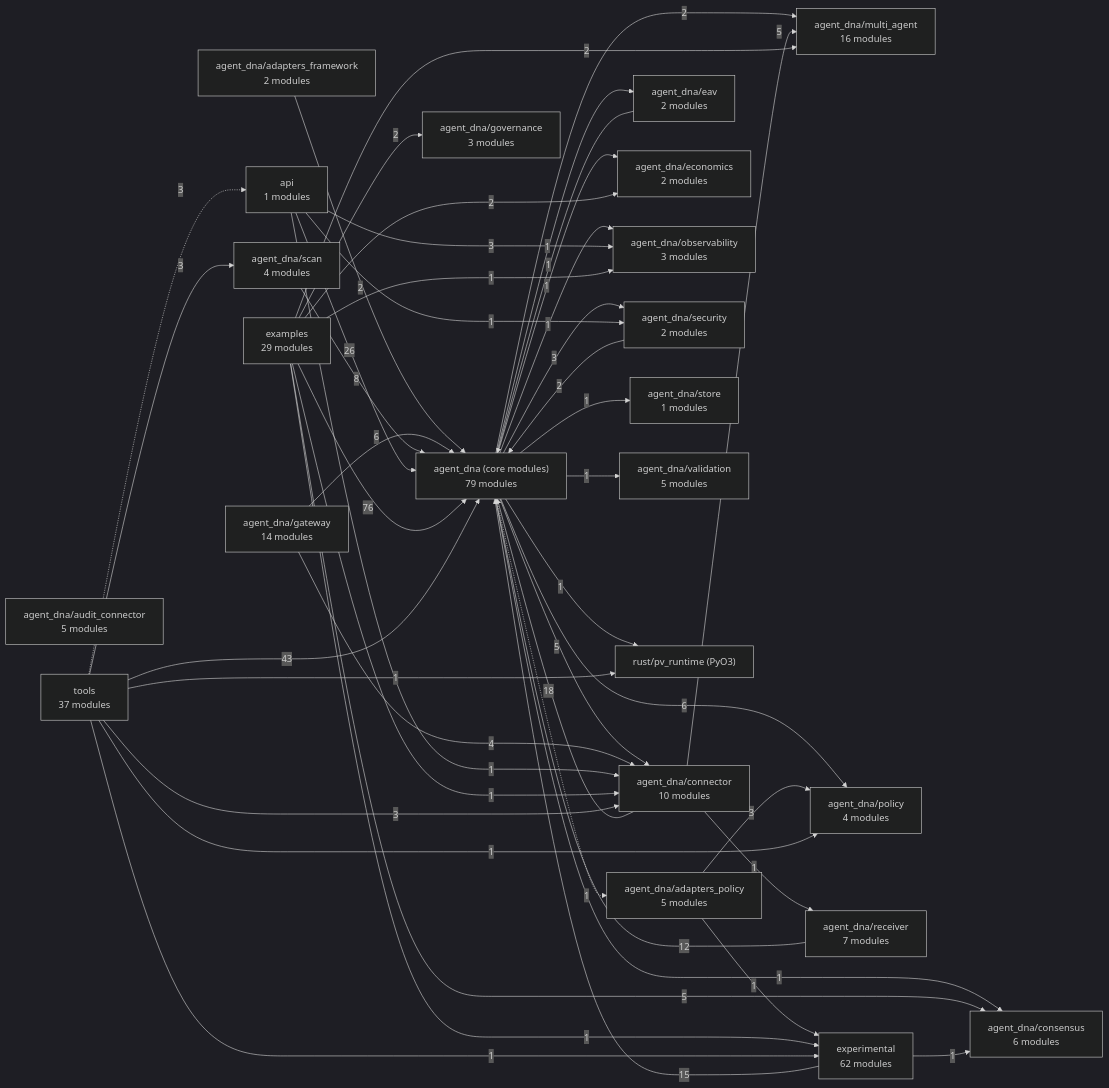
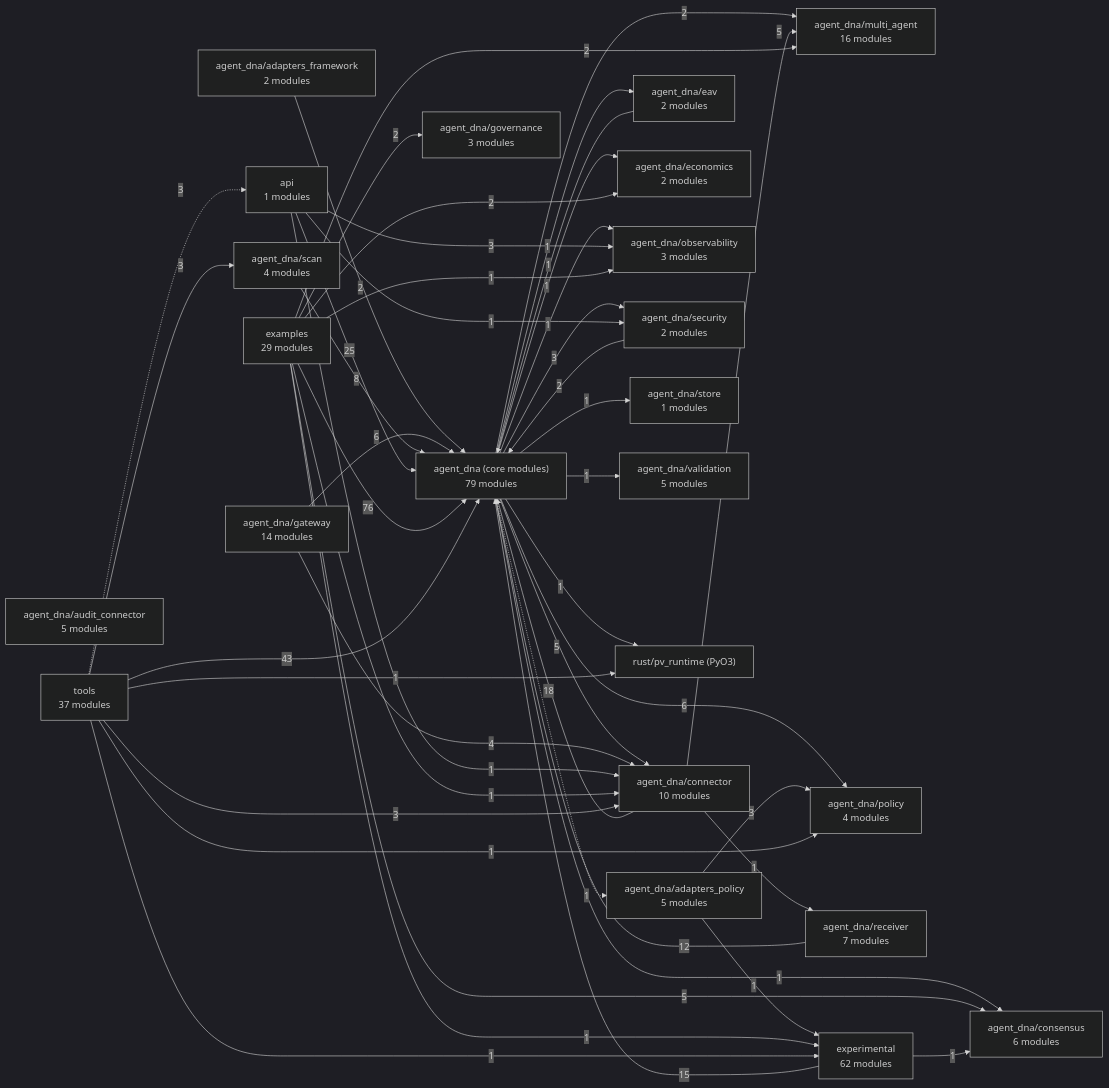
One commit to LOLA0786/privatevault-agent-dna changed the diagram in docs/architecture/MAP.md. Above: the diagram before and after it, drawn with Mermaid (dark theme). The commit also changed other lines of this file and 17 other files, not shown here.

````diff
--- a/docs/architecture/MAP.md
+++ b/docs/architecture/MAP.md
@@ -7,71 +7,71 @@
 ```mermaid
 flowchart LR
   n0["agent_dna (core modules)<br/>79 modules"]
   n1["agent_dna/adapters_framework<br/>2 modules"]
   n2["agent_dna/adapters_policy<br/>5 modules"]
   n3["agent_dna/audit_connector<br/>5 modules"]
   n4["agent_dna/connector<br/>10 modules"]
   n5["agent_dna/consensus<br/>6 modules"]
   n6["agent_dna/eav<br/>2 modules"]
   n7["agent_dna/economics<br/>2 modules"]
   n8["agent_dna/gateway<br/>14 modules"]
   n9["agent_dna/governance<br/>3 modules"]
   n10["agent_dna/multi_agent<br/>16 modules"]
   n11["agent_dna/observability<br/>3 modules"]
   n12["agent_dna/policy<br/>4 modules"]
   n13["agent_dna/receiver<br/>7 modules"]
   n14["agent_dna/scan<br/>4 modules"]
   n15["agent_dna/security<br/>2 modules"]
   n16["agent_dna/store<br/>1 modules"]
   n17["agent_dna/validation<br/>5 modules"]
   n18["api<br/>1 modules"]
   n19["examples<br/>29 modules"]
   n20["experimental<br/>62 modules"]
   n21["rust/pv_runtime (PyO3)"]
   n22["tools<br/>37 modules"]
   n0 -.->|1| n2
   n0 -->|5| n4
   n0 -->|1| n5
   n0 -->|1| n6
   n0 -->|1| n7
   n0 -->|2| n10
   n0 -->|1| n11
   n0 -->|6| n12
   n0 -->|3| n15
   n0 -->|1| n16
   n0 -->|1| n17
   n0 -->|1| n21
   n1 -->|2| n0
   n2 -->|3| n12
   n2 -->|1| n20
   n4 -->|18| n0
   n4 -->|5| n10
   n4 -->|1| n13
   n6 -->|1| n0
   n8 -->|6| n0
   n8 -->|4| n4
   n13 -->|12| n0
   n14 -->|8| n0
   n15 -->|2| n0
-  n18 -->|26| n0
+  n18 -->|25| n0
   n18 -->|1| n4
   n18 -->|3| n11
   n18 -->|1| n15
   n19 -->|76| n0
   n19 -->|1| n4
   n19 -->|5| n5
   n19 -->|2| n7
   n19 -->|2| n9
   n19 -->|2| n10
   n19 -->|1| n11
   n19 -->|1| n20
   n20 -->|15| n0
   n20 -->|1| n5
   n22 -->|43| n0
   n22 -->|3| n4
   n22 -->|1| n12
   n22 -->|3| n14
   n22 -.->|3| n18
   n22 -->|1| n20
   n22 -->|1| n21
 ```
````
